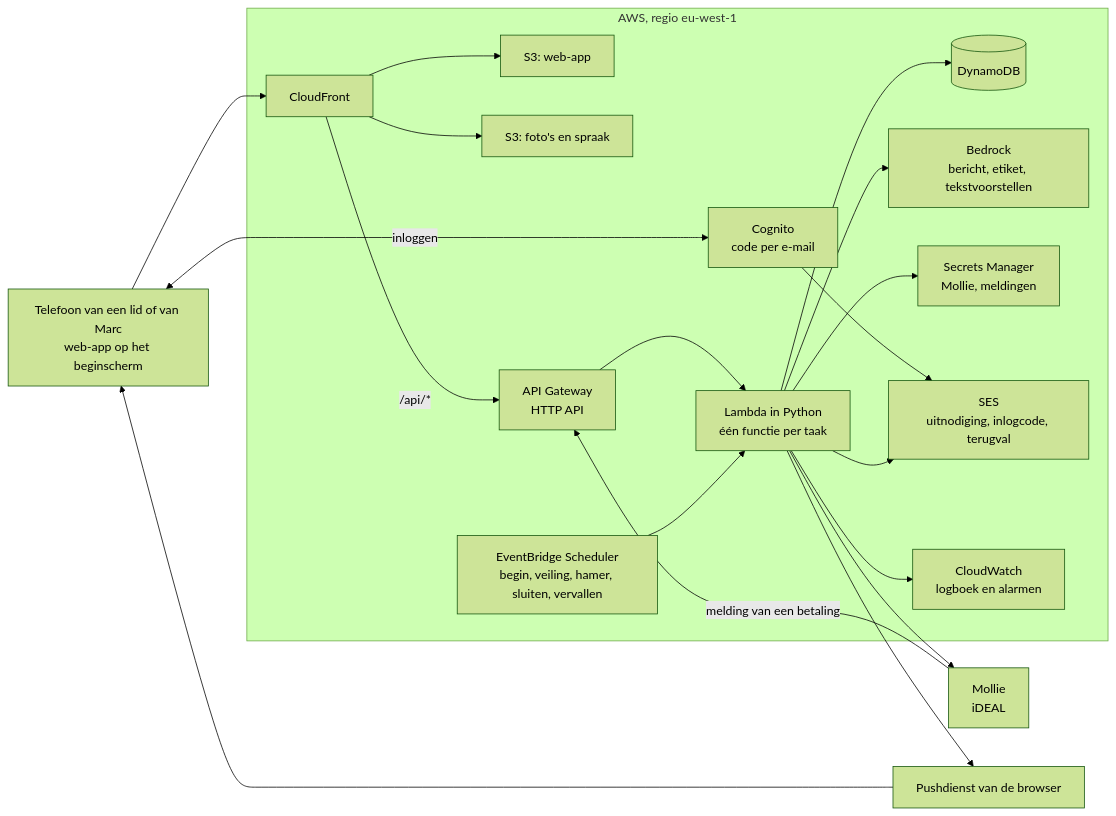
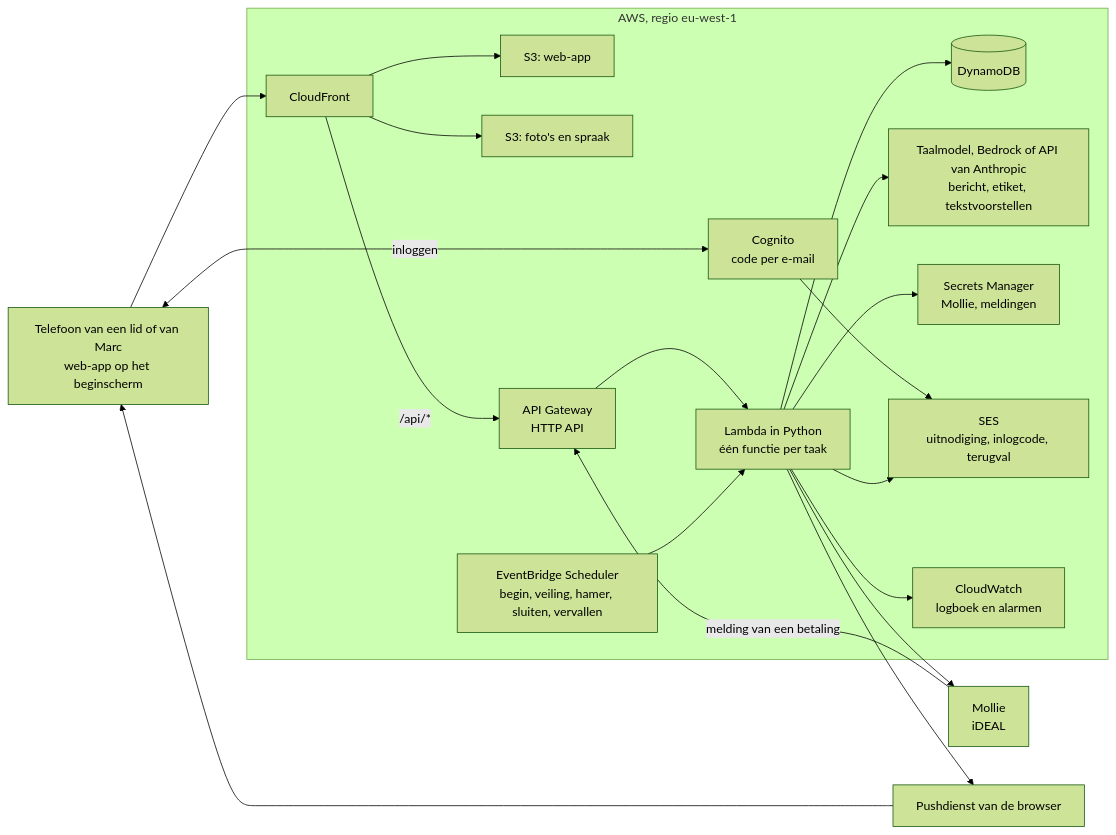
The first of 3 diagrams in pilotplan-marcs-wijnclub.md (aidanvanlatestein-jpg/MarcsWijnClub), drawn with Mermaid (forest theme) before and after one commit. The commit also changed other lines of this file and 3 other files, not shown here.

First line of the commit message:
Roadmap 1: drie varianten voor de route naar het taalmodel

````diff
--- a/pilotplan-marcs-wijnclub.md
+++ b/pilotplan-marcs-wijnclub.md
@@ -270,38 +270,38 @@
 ```mermaid
 flowchart LR
     tel["Telefoon van een lid of van Marc<br/>web-app op het beginscherm"]
     subgraph aws["AWS, regio eu-west-1"]
         cf["CloudFront"]
         web["S3: web-app"]
         foto["S3: foto's en spraak"]
         cog["Cognito<br/>code per e-mail"]
         api["API Gateway<br/>HTTP API"]
         fn["Lambda in Python<br/>één functie per taak"]
         db[("DynamoDB")]
         sch["EventBridge Scheduler<br/>begin, veiling, hamer, sluiten, vervallen"]
-        llm["Bedrock<br/>bericht, etiket, tekstvoorstellen"]
+        llm["Taalmodel, Bedrock of API van Anthropic<br/>bericht, etiket, tekstvoorstellen"]
         sec["Secrets Manager<br/>Mollie, meldingen"]
         ses["SES<br/>uitnodiging, inlogcode, terugval"]
         cw["CloudWatch<br/>logboek en alarmen"]
     end
     mol["Mollie<br/>iDEAL"]
     push["Pushdienst van de browser"]
 
     tel --> cf
     cf --> web
     cf --> foto
     cf -- "/api/*" --> api
     tel <-- "inloggen" --> cog
     cog --> ses
     api --> fn
     fn --> db
     fn --> llm
     fn --> sec
     fn --> mol
     mol -- "melding van een betaling" --> api
     sch --> fn
     fn --> push
     fn --> ses
     fn --> cw
     push --> tel
 ```
````
